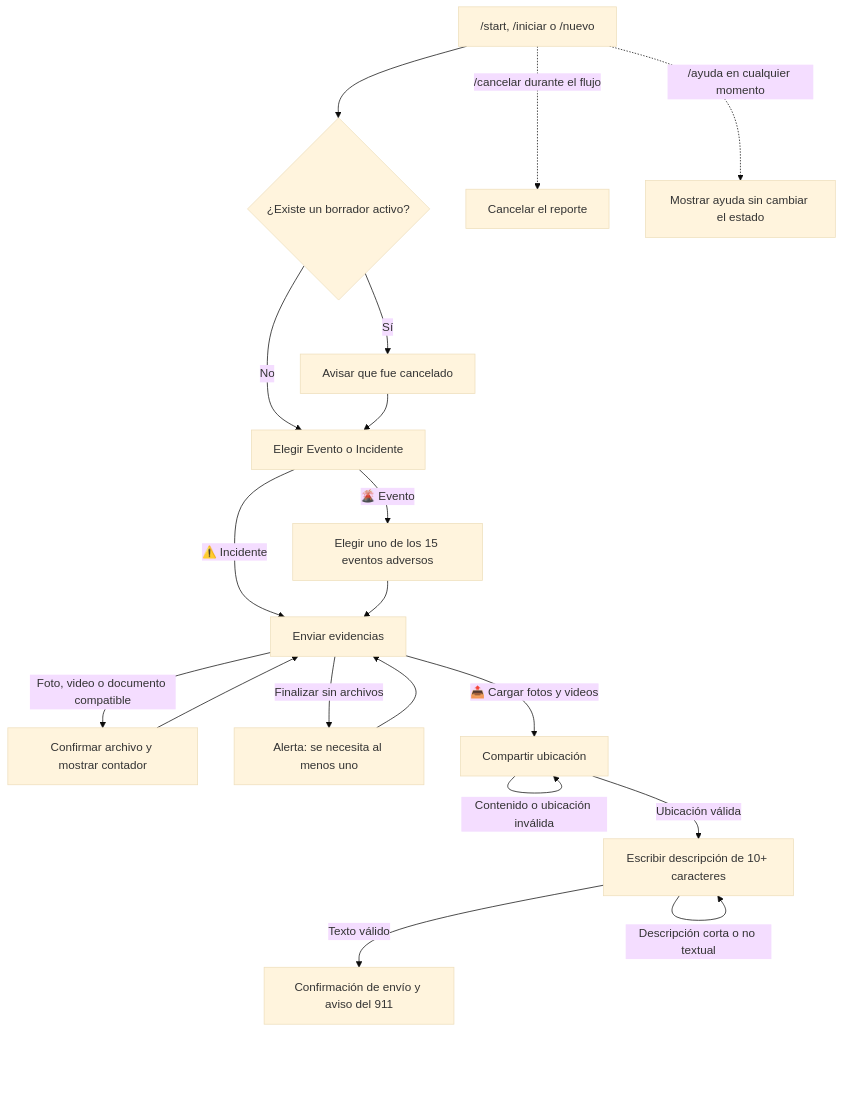
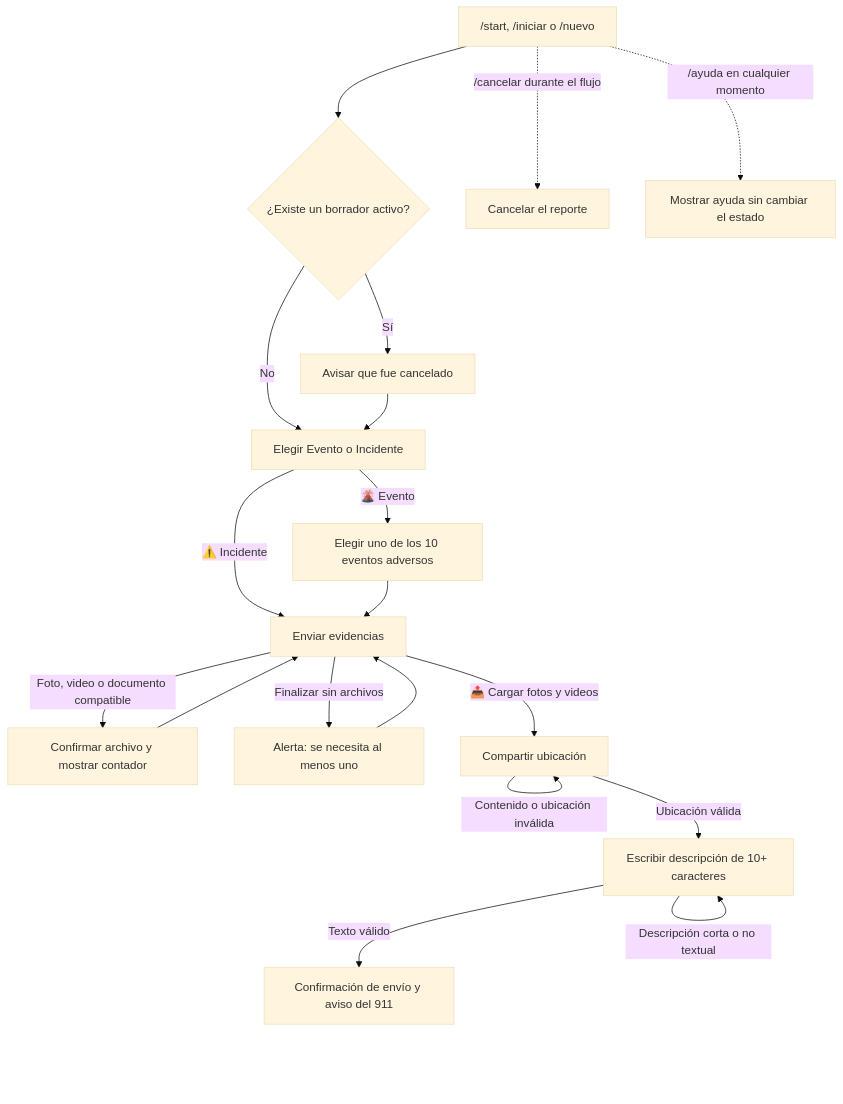
One commit to jhquihuiri7/galapagos_previene changed the diagram in docs/flujo-mensajes-telegram-trabajo.md. Above: the diagram before and after it, drawn with Mermaid (base theme). The commit also changed other lines of this file and 7 other files, not shown here.

````diff
--- a/docs/flujo-mensajes-telegram-trabajo.md
+++ b/docs/flujo-mensajes-telegram-trabajo.md
@@ -5,25 +5,25 @@
 ```mermaid
 flowchart TD
     START["/start, /iniciar o /nuevo"] --> OLD{"¿Existe un borrador activo?"}
     OLD -->|Sí| CANCEL_OLD["Avisar que fue cancelado"]
     OLD -->|No| KIND
     CANCEL_OLD --> KIND["Elegir Evento o Incidente"]
 
-    KIND -->|🌋 Evento| EVENT_TYPE["Elegir uno de los 15 eventos adversos"]
+    KIND -->|🌋 Evento| EVENT_TYPE["Elegir uno de los 10 eventos adversos"]
     KIND -->|⚠️ Incidente| MEDIA["Enviar evidencias"]
     EVENT_TYPE --> MEDIA
 
     MEDIA -->|Foto, video o documento compatible| MEDIA_OK["Confirmar archivo y mostrar contador"]
     MEDIA_OK --> MEDIA
     MEDIA -->|Finalizar sin archivos| MEDIA_EMPTY["Alerta: se necesita al menos uno"]
     MEDIA_EMPTY --> MEDIA
     MEDIA -->|📤 Cargar fotos y videos| LOCATION["Compartir ubicación"]
 
     LOCATION -->|Ubicación válida| DESCRIPTION["Escribir descripción de 10+ caracteres"]
     LOCATION -->|Contenido o ubicación inválida| LOCATION
     DESCRIPTION -->|Descripción corta o no textual| DESCRIPTION
     DESCRIPTION -->|Texto válido| SUBMITTED["Confirmación de envío y aviso del 911"]
 
     START -.->|/cancelar durante el flujo| CANCELLED["Cancelar el reporte"]
     START -.->|/ayuda en cualquier momento| HELP["Mostrar ayuda sin cambiar el estado"]
 ```
````
